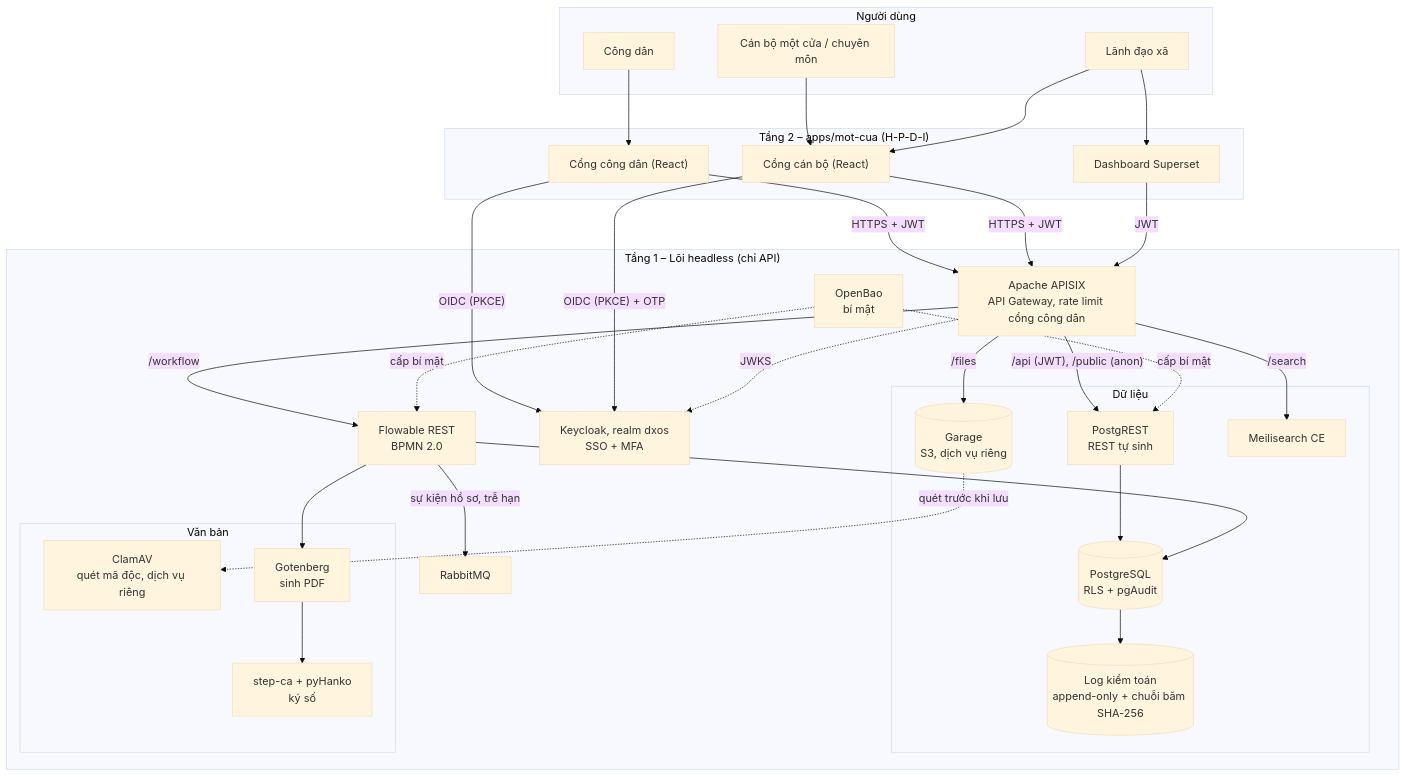
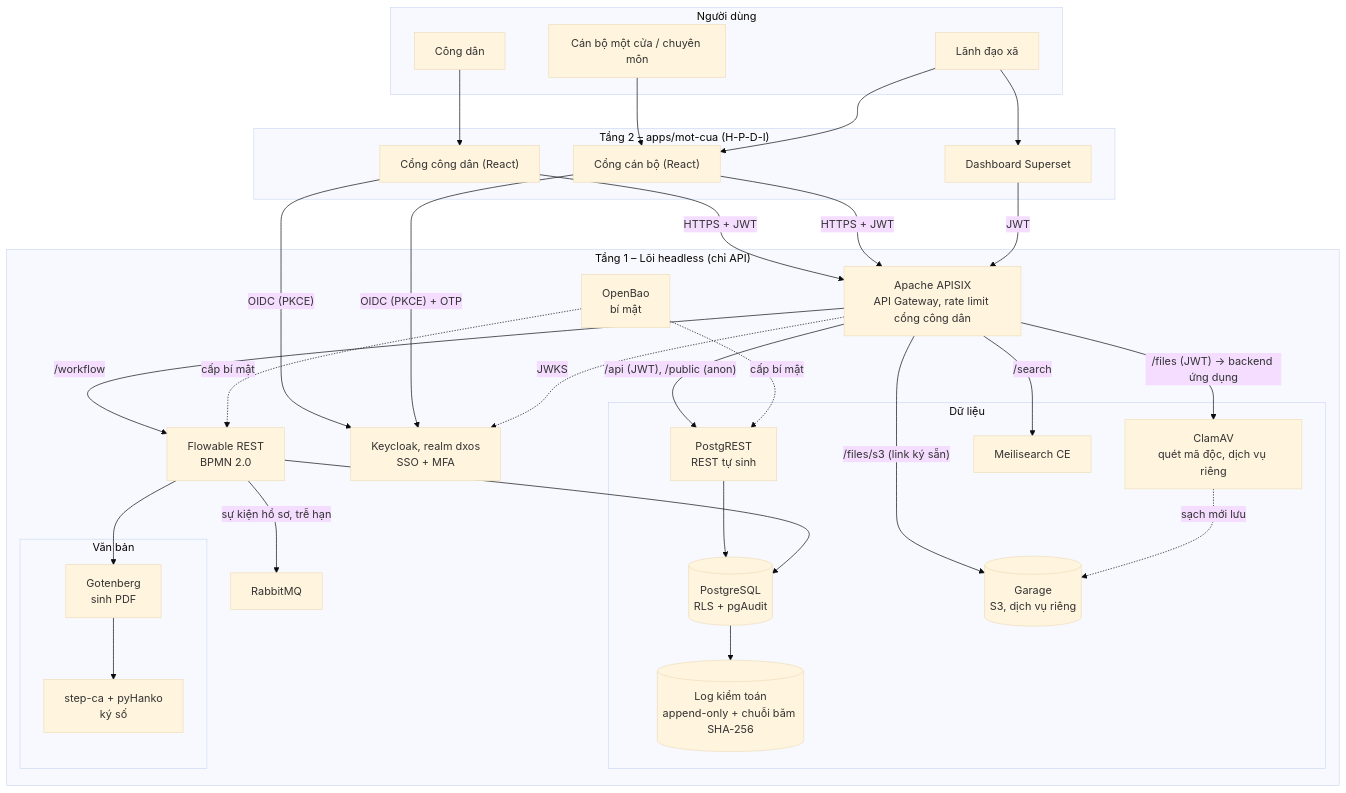
The first of 5 diagrams in docs/architecture.md (commune-dxos/commune-dxos), drawn with Mermaid (base theme) before and after one commit. The commit also changed other lines of this file and 24 other files, not shown here.

````diff
--- a/docs/architecture.md
+++ b/docs/architecture.md
@@ -11,64 +11,65 @@
 ```mermaid
 flowchart TB
   subgraph U["Người dùng"]
     CD["Công dân"]
     CB["Cán bộ một cửa / chuyên môn"]
     LD["Lãnh đạo xã"]
   end
 
   subgraph T2["Tầng 2 – apps/mot-cua (H-P-D-I)"]
     WEBCD["Cổng công dân (React)"]
     WEBCB["Cổng cán bộ (React)"]
     BI["Dashboard Superset"]
   end
 
   subgraph T1["Tầng 1 – Lõi headless (chỉ API)"]
     KC["Keycloak, realm dxos<br/>SSO + MFA"]
     GW["Apache APISIX<br/>API Gateway, rate limit cổng công dân"]
 
     subgraph DATA["Dữ liệu"]
       PGR["PostgREST<br/>REST tự sinh"]
       PG[("PostgreSQL<br/>RLS + pgAudit")]
       AUD[("Log kiểm toán<br/>append-only + chuỗi băm SHA-256")]
       S3[("Garage<br/>S3, dịch vụ riêng")]
+      AV["ClamAV<br/>quét mã độc, dịch vụ riêng"]
       MS["Meilisearch CE"]
     end
 
     FL["Flowable REST<br/>BPMN 2.0"]
     MQ["RabbitMQ"]
     BAO["OpenBao<br/>bí mật"]
 
     subgraph DOCS["Văn bản"]
-      AV["ClamAV<br/>quét mã độc, dịch vụ riêng"]
       GOT["Gotenberg<br/>sinh PDF"]
       CA["step-ca + pyHanko<br/>ký số"]
     end
   end
 
   CD --> WEBCD
   CB --> WEBCB
   LD --> WEBCB
   LD --> BI
 
   WEBCD -- "OIDC (PKCE)" --> KC
   WEBCB -- "OIDC (PKCE) + OTP" --> KC
   WEBCD -- "HTTPS + JWT" --> GW
   WEBCB -- "HTTPS + JWT" --> GW
   BI -- "JWT" --> GW
 
   GW -.->|JWKS| KC
   GW -- "/api (JWT), /public (anon)" --> PGR
   GW -- "/workflow" --> FL
-  GW -- "/files" --> S3
+  GW -- "/files (JWT) → backend ứng dụng" --> AV
+  GW -- "/files/s3 (link ký sẵn)" --> S3
   GW -- "/search" --> MS
 
   PGR --> PG
   PG --> AUD
   FL --> PG
   FL -- "sự kiện hồ sơ, trễ hạn" --> MQ
-  S3 -.->|quét trước khi lưu| AV
+  AV -.->|sạch mới lưu| S3
   FL --> GOT --> CA
 
   BAO -.->|cấp bí mật| PGR
   BAO -.->|cấp bí mật| FL
 ```
````
